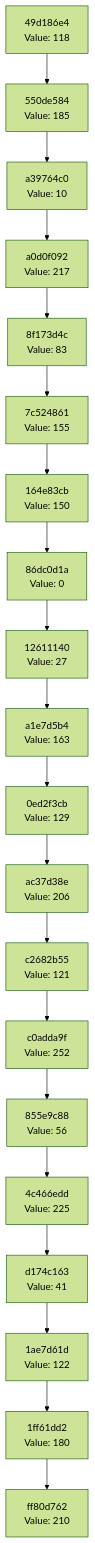
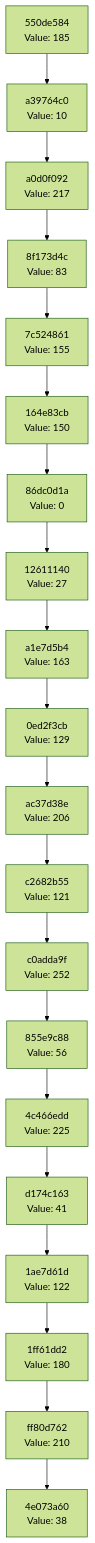
Before and after one commit to Abhisheksinha1506/hash-chain-evolver: the diagram in docs/CHAIN_VISUALIZATION.md, drawn with Mermaid (forest theme). The commit also changed 3 other files, not shown here.

````diff
--- a/docs/CHAIN_VISUALIZATION.md
+++ b/docs/CHAIN_VISUALIZATION.md
@@ -3,42 +3,42 @@
 ```mermaid
 graph TD
-    C0["ff80d762<br/>Value: 210"]
-    C1["1ff61dd2<br/>Value: 180"]
+    C0["4e073a60<br/>Value: 38"]
+    C1["ff80d762<br/>Value: 210"]
     C1 --> C0
-    C2["1ae7d61d<br/>Value: 122"]
+    C2["1ff61dd2<br/>Value: 180"]
     C2 --> C1
-    C3["d174c163<br/>Value: 41"]
+    C3["1ae7d61d<br/>Value: 122"]
     C3 --> C2
-    C4["4c466edd<br/>Value: 225"]
+    C4["d174c163<br/>Value: 41"]
     C4 --> C3
-    C5["855e9c88<br/>Value: 56"]
+    C5["4c466edd<br/>Value: 225"]
     C5 --> C4
-    C6["c0adda9f<br/>Value: 252"]
+    C6["855e9c88<br/>Value: 56"]
     C6 --> C5
-    C7["c2682b55<br/>Value: 121"]
+    C7["c0adda9f<br/>Value: 252"]
     C7 --> C6
-    C8["ac37d38e<br/>Value: 206"]
+    C8["c2682b55<br/>Value: 121"]
     C8 --> C7
-    C9["0ed2f3cb<br/>Value: 129"]
+    C9["ac37d38e<br/>Value: 206"]
     C9 --> C8
-    C10["a1e7d5b4<br/>Value: 163"]
+    C10["0ed2f3cb<br/>Value: 129"]
     C10 --> C9
-    C11["12611140<br/>Value: 27"]
+    C11["a1e7d5b4<br/>Value: 163"]
     C11 --> C10
-    C12["86dc0d1a<br/>Value: 0"]
+    C12["12611140<br/>Value: 27"]
     C12 --> C11
-    C13["164e83cb<br/>Value: 150"]
+    C13["86dc0d1a<br/>Value: 0"]
     C13 --> C12
-    C14["7c524861<br/>Value: 155"]
+    C14["164e83cb<br/>Value: 150"]
     C14 --> C13
-    C15["8f173d4c<br/>Value: 83"]
+    C15["7c524861<br/>Value: 155"]
     C15 --> C14
-    C16["a0d0f092<br/>Value: 217"]
+    C16["8f173d4c<br/>Value: 83"]
     C16 --> C15
-    C17["a39764c0<br/>Value: 10"]
+    C17["a0d0f092<br/>Value: 217"]
     C17 --> C16
-    C18["550de584<br/>Value: 185"]
+    C18["a39764c0<br/>Value: 10"]
     C18 --> C17
-    C19["49d186e4<br/>Value: 118"]
+    C19["550de584<br/>Value: 185"]
     C19 --> C18
 ```
````
